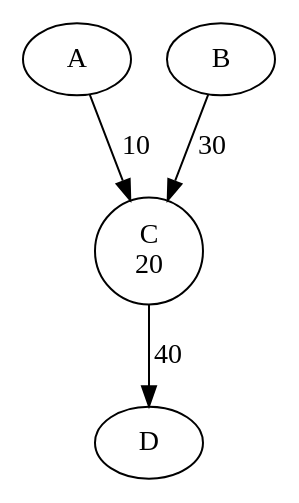
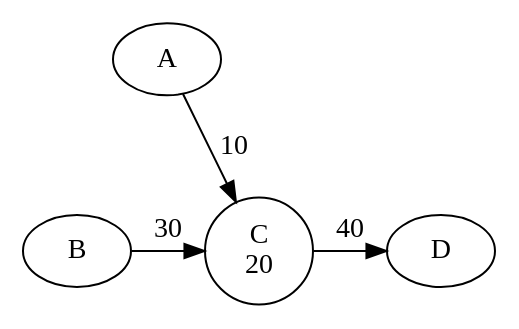
Before and after one commit to C4ptainCrunch/info-f-203: the diagram in rapport/resolve.dot, drawn with Graphviz. The commit also changed 1 other file, not shown here.

Commit message:
graph graph

```diff
--- a/rapport/resolve.dot
+++ b/rapport/resolve.dot
@@ -1,5 +1,7 @@
 digraph resolve {
     "A" -> "C\n20" [label="10"]
     "B" -> "C\n20" [label="30"]
     "C\n20" -> "D" [label="40"]
+    A -> B [style=invis]
+    {rank=same; B "C\n20" D}
 }
```
